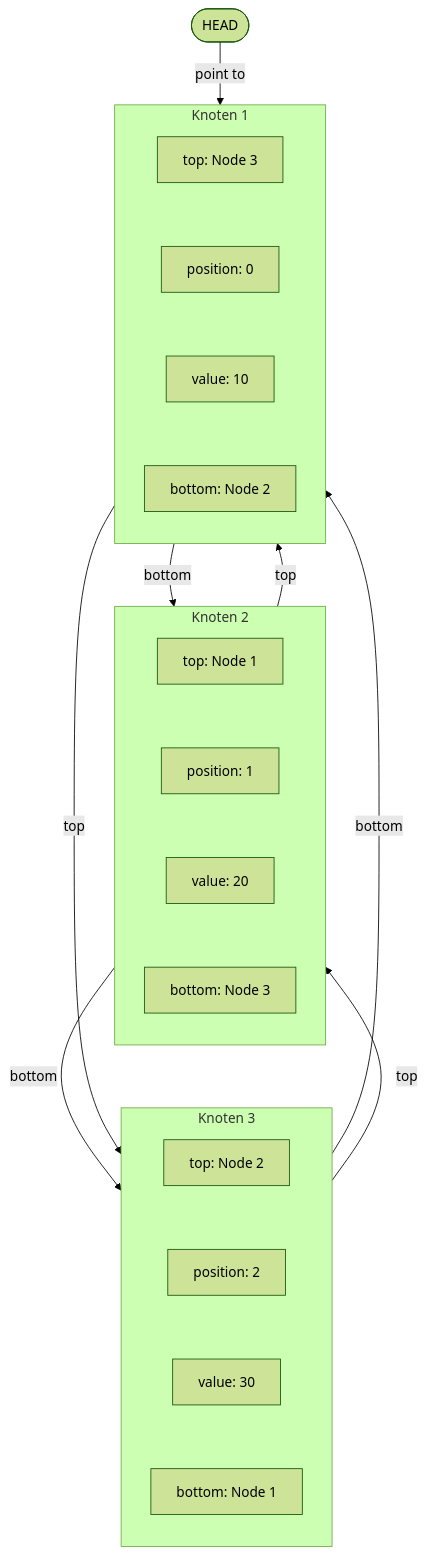
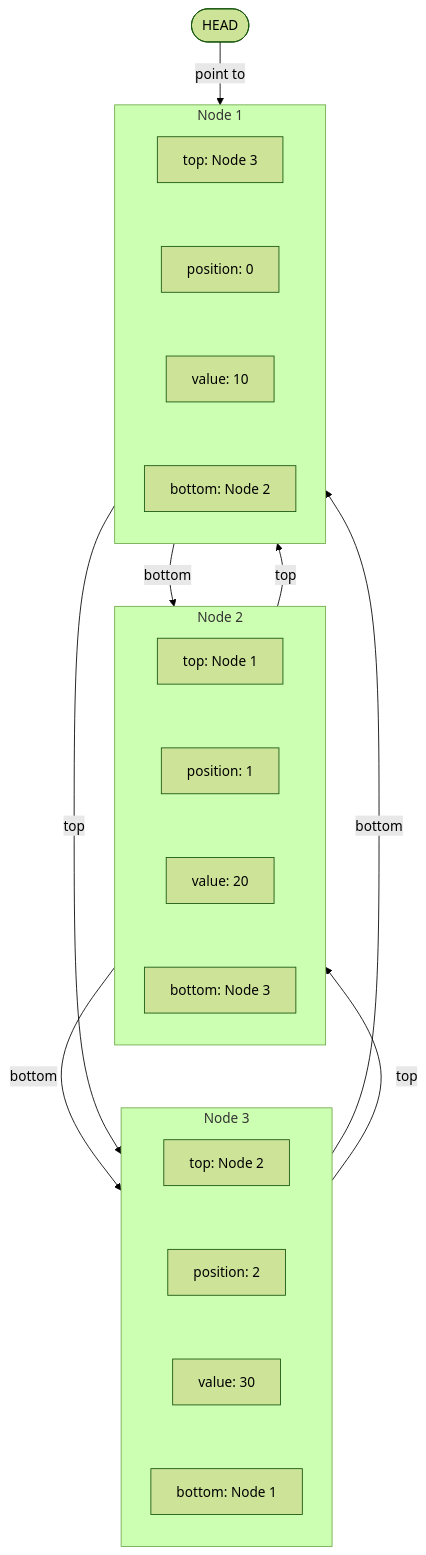
The fifth of 5 diagrams in README.md (C0r3i5/push_swap_thomas_roman), drawn with Mermaid (forest theme) before and after one commit. The commit also changed other lines of this file, not shown here.

Commit message:
Add application lifecycle mermaid diagram to README

````diff
--- a/README.md
+++ b/README.md
@@ -103,32 +158,31 @@
 ```mermaid
 flowchart TB
 	%% Pointer
 	HEAD([HEAD]) -->|point to| Node1
 
 	%% Node 3
-	subgraph Node3 [Knoten 3]
+	subgraph Node3 [Node 3]
 		direction TB
 		N3_P["top: Node 2"] ~~~ N3_I["position: 2"] ~~~ N3_V["value: 30"] ~~~ N3_N["bottom: Node 1"]
 	end
 
 	%% Node 2
-	subgraph Node2 [Knoten 2]
+	subgraph Node2 [Node 2]
 		direction TB
 		N2_P["top: Node 1"] ~~~ N2_I["position: 1"] ~~~ N2_V["value: 20"] ~~~ N2_N["bottom: Node 3"]
 	end
 
 	%% Node 1
-	subgraph Node1 [Knoten 1]
+	subgraph Node1 [Node 1]
 		direction TB
 		N1_P["top: Node 3"] ~~~ N1_I["position: 0"] ~~~ N1_V["value: 10"] ~~~	N1_N["bottom: Node 2"]
 	end
 
 	Node1 -->|bottom| Node2
 	Node2 -->|bottom| Node3
 	Node3 -->|bottom| Node1
 
 	Node1 -->|top| Node3
 	Node2 -->|top| Node1
 	Node3 -->|top| Node2
-
 ```
````
